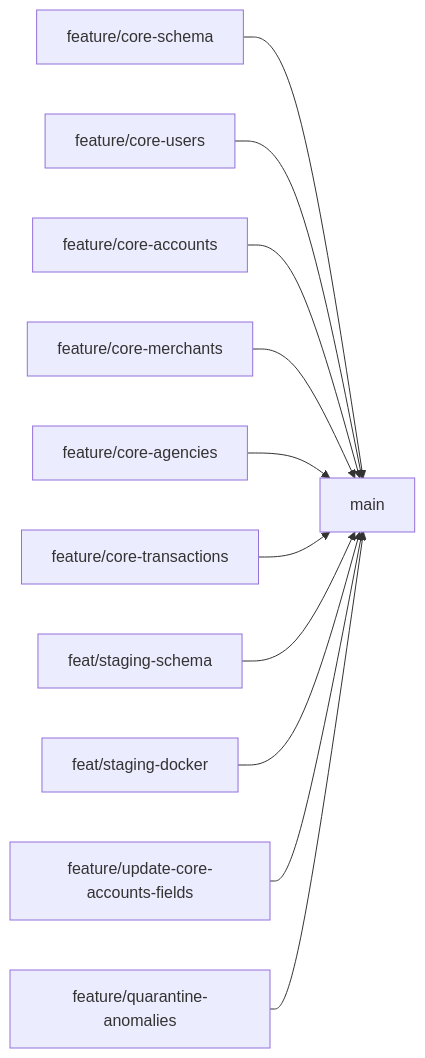
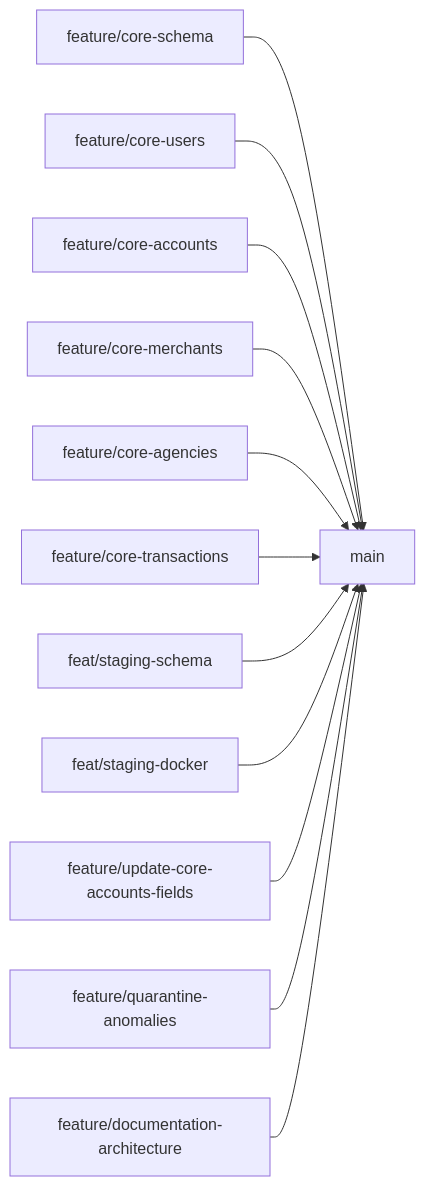
The fourth of 4 diagrams in README.md (Bedra11/nafad-pay-g1-oltp), drawn with Mermaid before and after one commit. The commit also changed other lines of this file and 3 other files, not shown here.

````diff
--- a/README.md
+++ b/README.md
@@ -391,14 +360,15 @@
 ```mermaid
 flowchart LR
 
 schema[feature/core-schema] --> main[main]
 users[feature/core-users] --> main
 accounts[feature/core-accounts] --> main
 merchants[feature/core-merchants] --> main
 agencies[feature/core-agencies] --> main
 transactions[feature/core-transactions] --> main
 stg1[feat/staging-schema] --> main
 stg2[feat/staging-docker] --> main
 upd[feature/update-core-accounts-fields] --> main
 qa[feature/quarantine-anomalies] --> main
+doc[feature/documentation-architecture] --> main
 ```
````
